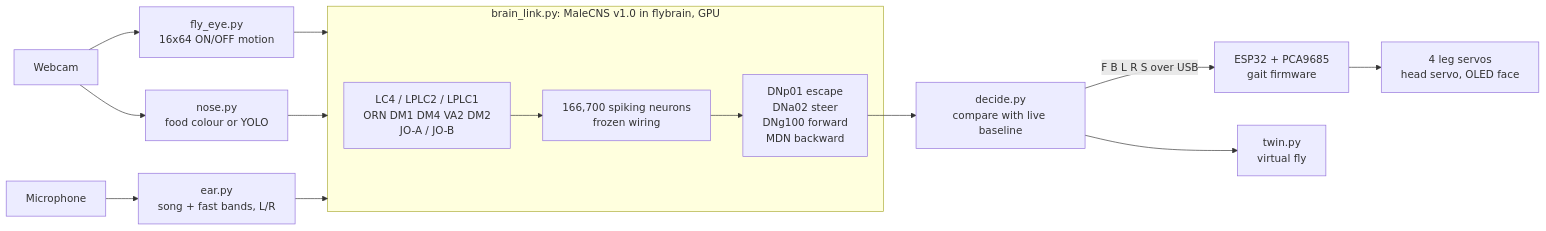
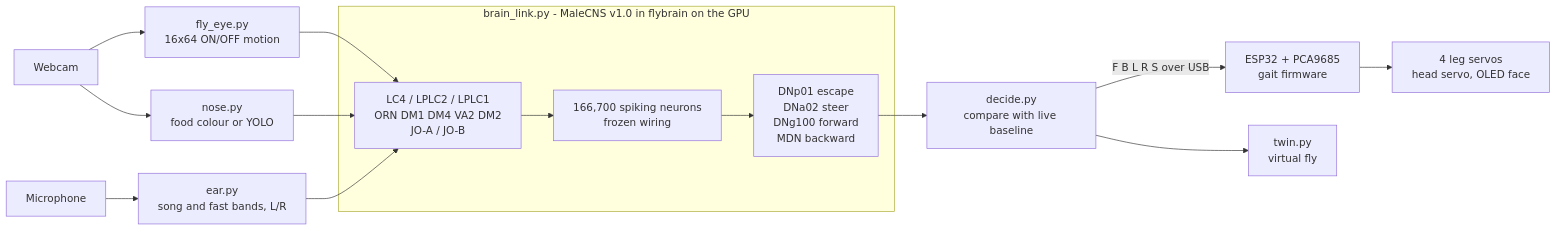
The diagram in README.md (VaibhavBansa1/MaleCNS-Quadruped), drawn with Mermaid before and after one commit. The commit also changed other lines of this file, not shown here.

Commit message:
README: fix the architecture diagram and shrink the brain-window photo

````diff
--- a/README.md
+++ b/README.md
@@ -35,17 +35,17 @@
 ```mermaid
 flowchart LR
-    CAM[Webcam] --> EYE[fly_eye.py<br/>16x64 ON/OFF motion]
-    CAM --> NOSE[nose.py<br/>food colour or YOLO]
-    MIC[Microphone] --> EAR[ear.py<br/>song + fast bands, L/R]
-    EYE --> BRAIN
-    NOSE --> BRAIN
-    EAR --> BRAIN
-    subgraph BRAIN[brain_link.py: MaleCNS v1.0 in flybrain, GPU]
-        IN[LC4 / LPLC2 / LPLC1<br/>ORN DM1 DM4 VA2 DM2<br/>JO-A / JO-B] --> NET[166,700 spiking neurons<br/>frozen wiring]
-        NET --> OUT[DNp01 escape<br/>DNa02 steer<br/>DNg100 forward<br/>MDN backward]
+    CAM["Webcam"] --> EYE["fly_eye.py<br/>16x64 ON/OFF motion"]
+    CAM --> NOSE["nose.py<br/>food colour or YOLO"]
+    MIC["Microphone"] --> EAR["ear.py<br/>song and fast bands, L/R"]
+    EYE --> IN
+    NOSE --> IN
+    EAR --> IN
+    subgraph BRAIN["brain_link.py - MaleCNS v1.0 in flybrain on the GPU"]
+        IN["LC4 / LPLC2 / LPLC1<br/>ORN DM1 DM4 VA2 DM2<br/>JO-A / JO-B"] --> NET["166,700 spiking neurons<br/>frozen wiring"]
+        NET --> OUT["DNp01 escape<br/>DNa02 steer<br/>DNg100 forward<br/>MDN backward"]
     end
-    OUT --> DEC[decide.py<br/>compare with live baseline]
-    DEC -->|F B L R S over USB| ESP[ESP32 + PCA9685<br/>gait firmware]
-    DEC --> TWIN[twin.py<br/>virtual fly]
-    ESP --> LEGS[4 leg servos<br/>head servo, OLED face]
+    OUT --> DEC["decide.py<br/>compare with live baseline"]
+    DEC -->|"F B L R S over USB"| ESP["ESP32 + PCA9685<br/>gait firmware"]
+    DEC --> TWIN["twin.py<br/>virtual fly"]
+    ESP --> LEGS["4 leg servos<br/>head servo, OLED face"]
 ```
````
